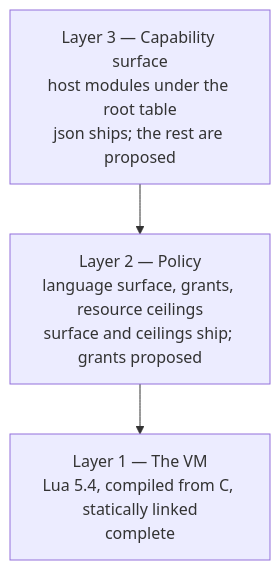
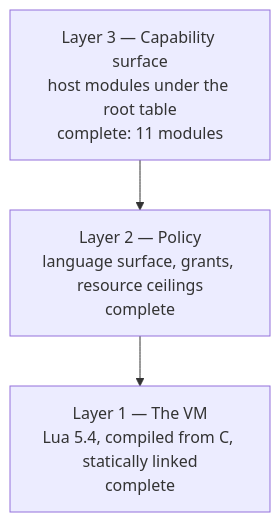
The diagram in crates/airsl/docs/architecture.md (rstlix0x0/airsstack), drawn with Mermaid before and after one commit. The commit also changed other lines of this file and 43 other files, not shown here.

````diff
--- a/crates/airsl/docs/architecture.md
+++ b/crates/airsl/docs/architecture.md
@@ -19,7 +19,7 @@
 ```mermaid
 graph TD
-    L3["Layer 3 — Capability surface<br/>host modules under the root table<br/>json ships; the rest are proposed"]
-    L2["Layer 2 — Policy<br/>language surface, grants, resource ceilings<br/>surface and ceilings ship; grants proposed"]
+    L3["Layer 3 — Capability surface<br/>host modules under the root table<br/>complete: 11 modules"]
+    L2["Layer 2 — Policy<br/>language surface, grants, resource ceilings<br/>complete"]
     L1["Layer 1 — The VM<br/>Lua 5.4, compiled from C, statically linked<br/>complete"]
     L3 --> L2 --> L1
 ```
````
